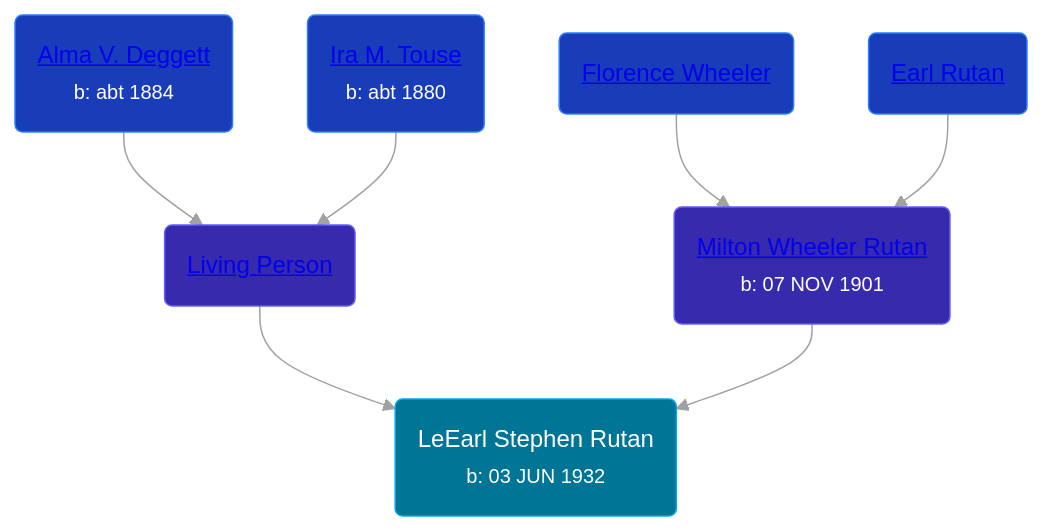
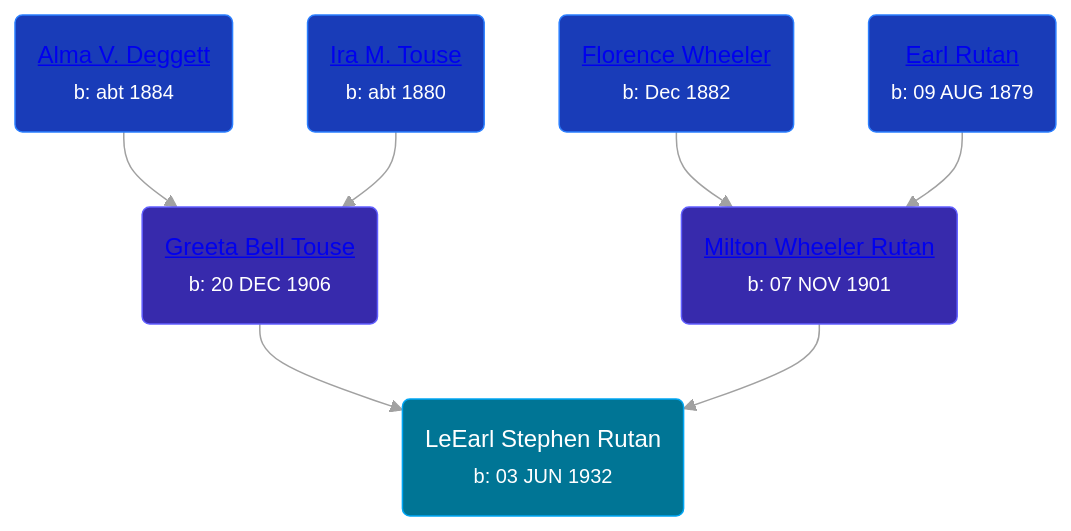
One commit to wpmgotkh/wpmgotkh.github.io changed the diagram in pages/people/7/75225835.md. Above: the diagram before and after it, drawn with Mermaid. The commit also changed other lines of this file and 56 other files, not shown here.

````diff
--- a/pages/people/7/75225835.md
+++ b/pages/people/7/75225835.md
@@ -11,14 +11,14 @@
 ```mermaid
 graph
 classDef grands fill:#193cb8,stroke:#2b7fff,stroke-width:1px,color:#fff;
 classDef parents fill:#372aac,stroke:#615fff,stroke-width:1px,color:#fff;
 classDef primary fill:#007595,stroke:#00a6f4,stroke-width:1px,color:#fff;
 75225835(LeEarl Stephen Rutan<br /><small>b: 03 JUN 1932</small>):::primary
-61135838(<a class="text-white" href="/people/6/61135838">Living Person</a>):::parents-->75225835
+61135838(<a class="text-white" href="/people/6/61135838">Greeta Bell Touse</a><br /><small>b: 20 DEC 1906</small>):::parents-->75225835
 42271632(<a class="text-white" href="/people/4/42271632">Alma V. Deggett</a><br /><small>b: abt 1884</small>):::grands-->61135838
 43588740(<a class="text-white" href="/people/4/43588740">Ira M. Touse</a><br /><small>b: abt 1880</small>):::grands-->61135838
 20825556(<a class="text-white" href="/people/2/20825556">Milton Wheeler Rutan</a><br /><small>b: 07 NOV 1901</small>):::parents-->75225835
-48964520(<a class="text-white" href="/people/4/48964520">Florence Wheeler</a>):::grands-->20825556
-29949376(<a class="text-white" href="/people/2/29949376">Earl Rutan</a>):::grands-->20825556
+48964520(<a class="text-white" href="/people/4/48964520">Florence Wheeler</a><br /><small>b: Dec 1882</small>):::grands-->20825556
+29949376(<a class="text-white" href="/people/2/29949376">Earl Rutan</a><br /><small>b: 09 AUG 1879</small>):::grands-->20825556
 linkStyle default stroke:#a1a1a1
 ```
````
